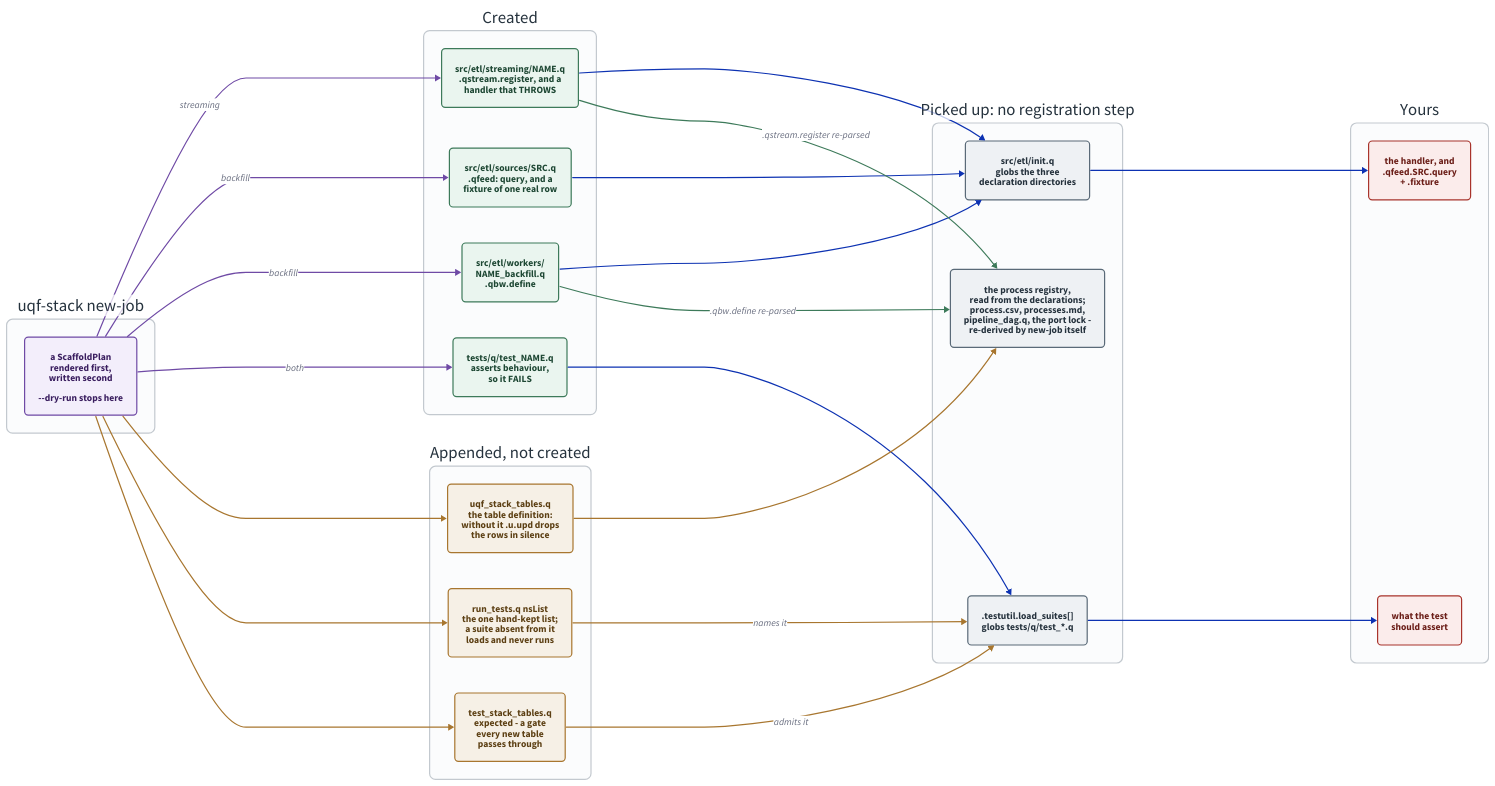
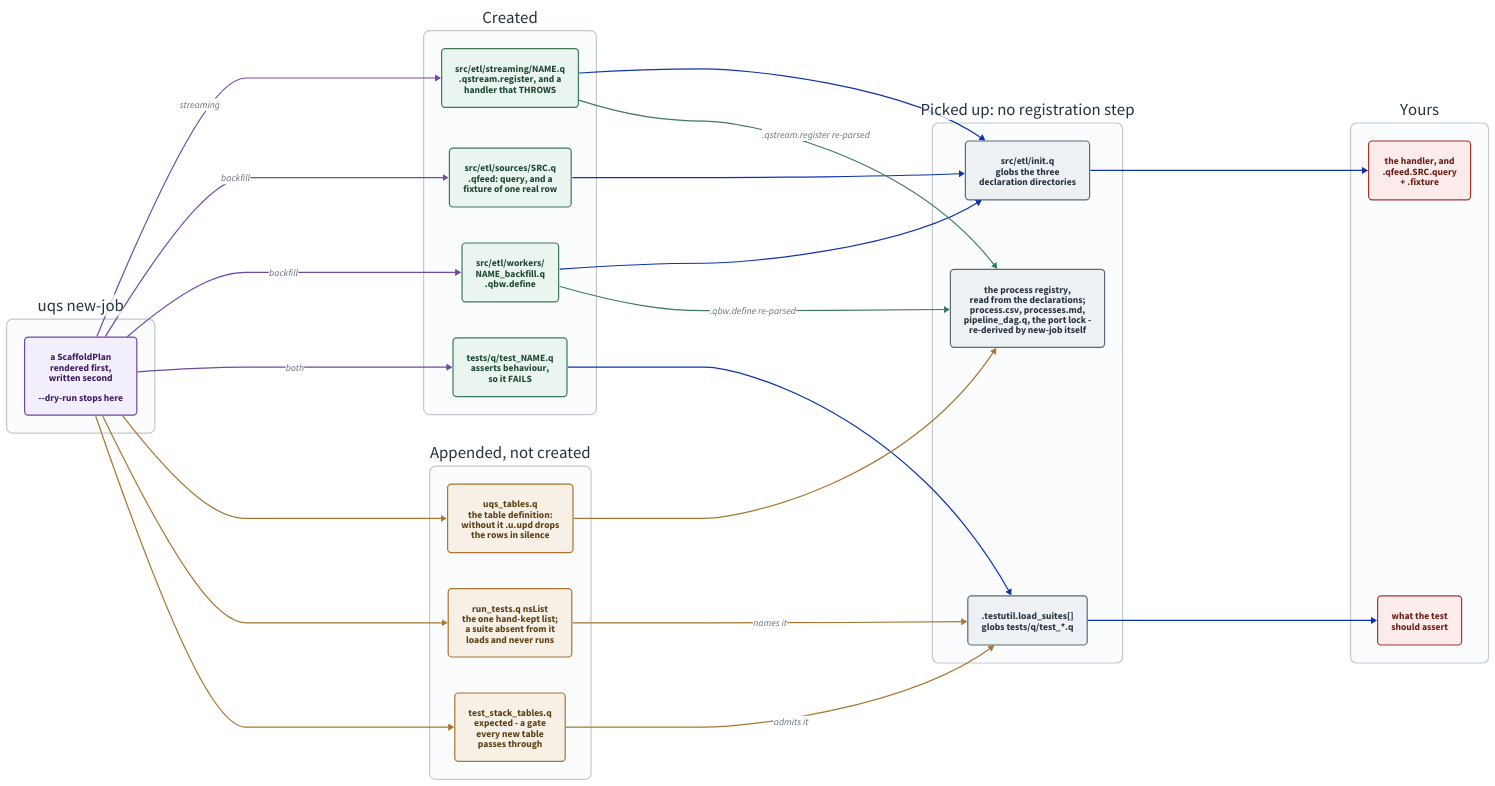
The diagram in docs/diagrams/scaffolding.d2 (kwojdalski/uqf), drawn with D2 before and after one commit. The commit also changed 210 other files, not shown here.

First line of the commit message:
uqf-stack becomes uqs, the ultimate q stack

```diff
--- a/docs/diagrams/scaffolding.d2
+++ b/docs/diagrams/scaffolding.d2
@@ -1,143 +1,143 @@
-# scaffolding.d2 - what `uqf-stack new-job` writes, and what picks each file
+# scaffolding.d2 - what `uqs new-job` writes, and what picks each file
 # up afterwards.
 #
 # Rendered by scripts/generate/render_diagrams.py, which CI runs with
 # --check. Embedded from docs/guides/new-pipeline.md.
 #
 # THE THING THIS DRAWS is that there is no registration step. Three
 # directories are globbed by src/etl/init.q and one by .testutil.load_suites,
 # so a new file is loaded because it exists - and the process registry is
 # READ from the job files' own declarations, so a job needs no entry
 # anywhere else. The APPENDS are the facts that are NOT derivable from the
 # tree - the table definition, nsList, the one hand-kept list of test
 # namespaces, and the q suite's list of tables, a deliberate gate - which is
 # why they are the only places the scaffold has to edit rather than create.
 # Everything derived, new-job regenerates itself before it returns, the port
 # lock included.
 #
 # The other thing worth seeing is the red column. The scaffold writes the
 # SHAPE and never the logic: the generated handler throws and the generated
 # test fails, deliberately, because a scaffold that left something green
 # behind would make "generated" and "implemented" look the same from outside.
 # That is the state stack_smoke.py exists to catch - a process that is `up`,
 # heartbeating, and publishing nothing.
 
 
 direction: right
 
 vars: {
   d2-config: {
     pad: 40
   }
 }
 
 classes: {
   command: {
     style: {
       fill: "#f3eefb"
       stroke: "#6f4aa5"
       font-color: "#3a1e5f"
       border-radius: 6
     }
   }
   created: {
     style: {
       fill: "#eaf5ef"
       stroke: "#3d7a5a"
       font-color: "#1d4733"
       border-radius: 6
     }
   }
   appended: {
     style: {
       fill: "#f6f0e6"
       stroke: "#a8762f"
       font-color: "#5c3f13"
       border-radius: 6
     }
   }
   derived: {
     style: {
       fill: "#eef1f4"
       stroke: "#5a6a78"
       font-color: "#25323d"
       border-radius: 6
     }
   }
   todo: {
     style: {
       fill: "#fbeceb"
       stroke: "#a8342c"
       font-color: "#6b1e18"
       border-radius: 6
     }
   }
   band: {
     style: {
       fill: "#fbfcfd"
       stroke: "#c3c9cf"
       stroke-width: 2
       border-radius: 10
       font-color: "#25323d"
     }
   }
 }
 
-cmd: "uqf-stack new-job" {
+cmd: "uqs new-job" {
   class: band
 
   plan: "a ScaffoldPlan\nrendered first,\nwritten second\n\n--dry-run stops here" { class: command }
 }
 
 written: "Created" {
   class: band
 
   job: "src/etl/streaming/NAME.q\n.qstream.register, and a\nhandler that THROWS" { class: created }
   source: "src/etl/sources/SRC.q\n.qfeed: query, and a\nfixture of one real row" { class: created }
   worker: "src/etl/workers/\nNAME_backfill.q\n.qbw.define" { class: created }
   test: "tests/q/test_NAME.q\nasserts behaviour,\nso it FAILS" { class: created }
 }
 
 appended: "Appended, not created" {
   class: band
 
-  tables: "uqf_stack_tables.q\nthe table definition:\nwithout it .u.upd drops\nthe rows in silence" { class: appended }
+  tables: "uqs_tables.q\nthe table definition:\nwithout it .u.upd drops\nthe rows in silence" { class: appended }
   nslist: "run_tests.q nsList\nthe one hand-kept list;\na suite absent from it\nloads and never runs" { class: appended }
   tablelist: "test_stack_tables.q\nexpected - a gate\nevery new table\npasses through" { class: appended }
 }
 
 picked_up: "Picked up: no registration step" {
   class: band
 
   init: "src/etl/init.q\nglobs the three\ndeclaration directories" { class: derived }
   suites: ".testutil.load_suites[]\nglobs tests/q/test_*.q" { class: derived }
   consumers: "the process registry,\nread from the declarations;\nprocess.csv, processes.md,\npipeline_dag.q, the port lock -\nre-derived by new-job itself" { class: derived }
 }
 
 todo: "Yours" {
   class: band
 
   logic: "the handler, and\n.qfeed.SRC.query\n+ .fixture" { class: todo }
   assertion: "what the test\nshould assert" { class: todo }
 }
 
 cmd.plan -> written.job: "streaming" { style.stroke: "#6f4aa5" }
 cmd.plan -> written.source: "backfill" { style.stroke: "#6f4aa5" }
 cmd.plan -> written.worker: "backfill" { style.stroke: "#6f4aa5" }
 cmd.plan -> written.test: "both" { style.stroke: "#6f4aa5" }
 cmd.plan -> appended.tables { style.stroke: "#a8762f" }
 cmd.plan -> appended.nslist { style.stroke: "#a8762f" }
 cmd.plan -> appended.tablelist { style.stroke: "#a8762f" }
 
 written.job -> picked_up.init
 written.source -> picked_up.init
 written.worker -> picked_up.init
 written.test -> picked_up.suites
 appended.nslist -> picked_up.suites: "names it" { style.stroke: "#a8762f" }
 appended.tablelist -> picked_up.suites: "admits it" { style.stroke: "#a8762f" }
 appended.tables -> picked_up.consumers { style.stroke: "#a8762f" }
 written.job -> picked_up.consumers: ".qstream.register re-parsed" { style.stroke: "#3d7a5a" }
 written.worker -> picked_up.consumers: ".qbw.define re-parsed" { style.stroke: "#3d7a5a" }
 
 picked_up.init -> todo.logic
 picked_up.suites -> todo.assertion
```
